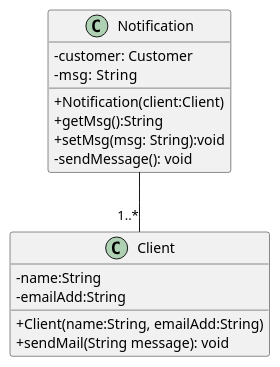
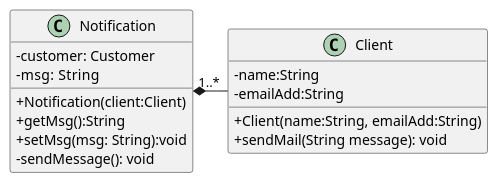
The diagram in src/Observer/V1NotificationDesign.puml (skadiri94/SoftwareDesignPattern), drawn with PlantUML before and after one commit. The commit also changed 7 other files, not shown here.

```diff
--- a/src/Observer/V1NotificationDesign.puml
+++ b/src/Observer/V1NotificationDesign.puml
@@ -1,24 +1,24 @@
 @startuml
 skinparam classAttributeIconSize 0
 
 class Notification {
  -customer: Customer
  -msg:  String
  +Notification(client:Client)
  +getMsg():String
  +setMsg(msg: String):void
 -sendMessage(): void
 
 }
 
 class Client {
 -name:String
 -emailAdd:String
 +Client(name:String, emailAdd:String)
 +sendMail(String message): void
 }
 
-Notification --"1..*" Client
+Notification *--right"1..*" Client
 
 
 @enduml
```
